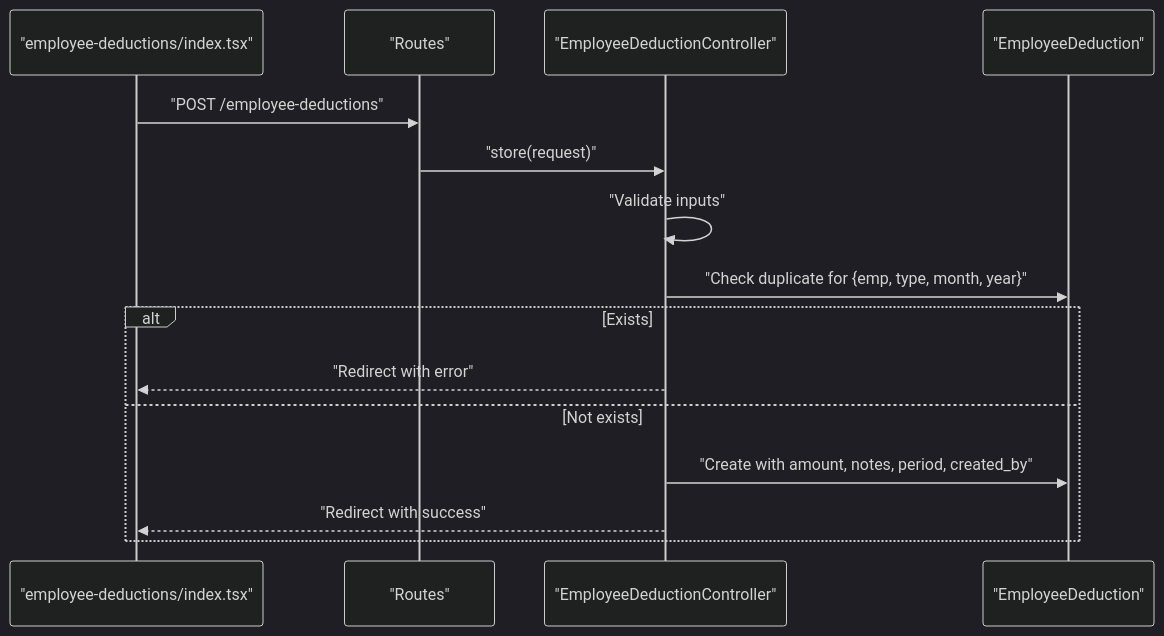
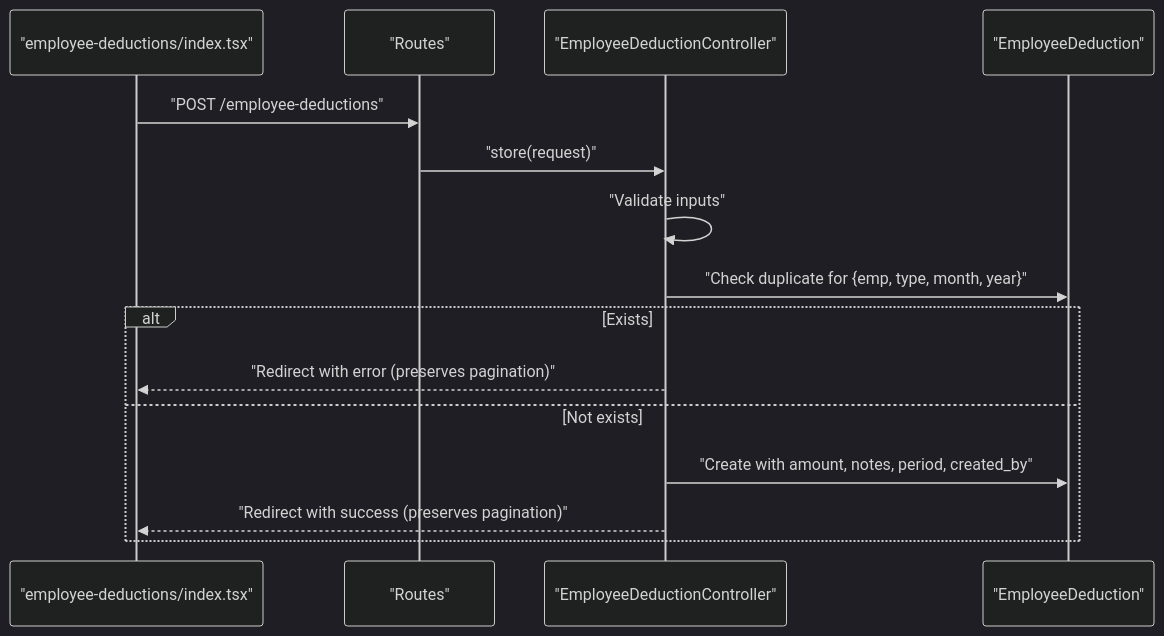
Before and after one commit to vincet0t15/template: the fourth of 7 diagrams in .qoder/repowiki/en/content/Deduction Management/Employee Deduction Tracking.md, drawn with Mermaid (dark theme). The commit also changed other lines of this file and 3 other files, not shown here.

````diff
--- a/.qoder/repowiki/en/content/Deduction Management/Employee Deduction Tracking.md
+++ b/.qoder/repowiki/en/content/Deduction Management/Employee Deduction Tracking.md
@@ -204,17 +223,17 @@
 ```mermaid
 sequenceDiagram
 participant FE as "employee-deductions/index.tsx"
 participant RT as "Routes"
 participant C as "EmployeeDeductionController"
 participant M as "EmployeeDeduction"
 FE->>RT : "POST /employee-deductions"
 RT->>C : "store(request)"
 C->>C : "Validate inputs"
 C->>M : "Check duplicate for {emp, type, month, year}"
 alt Exists
-C-->>FE : "Redirect with error"
+C-->>FE : "Redirect with error (preserves pagination)"
 else Not exists
 C->>M : "Create with amount, notes, period, created_by"
-C-->>FE : "Redirect with success"
+C-->>FE : "Redirect with success (preserves pagination)"
 end
 ```
````
